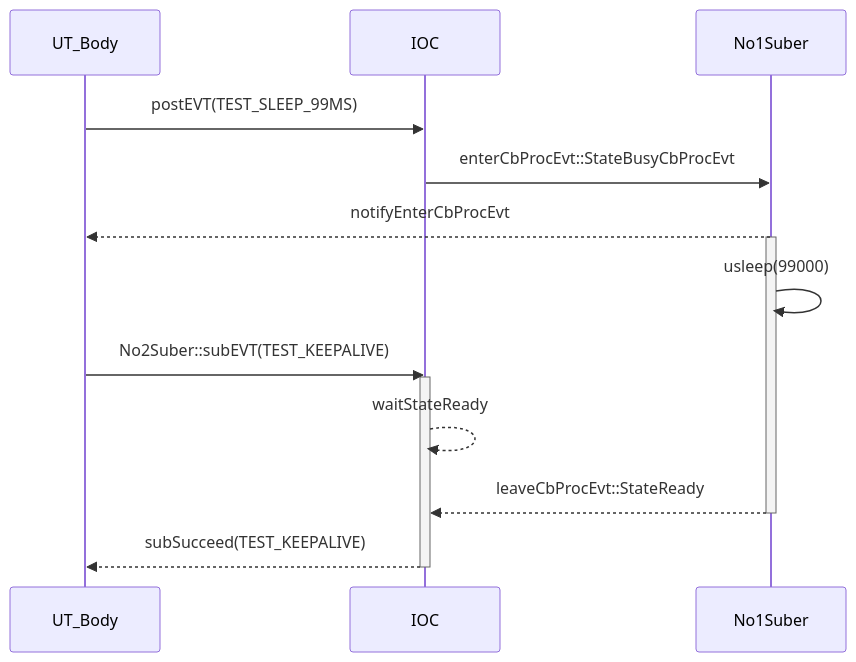
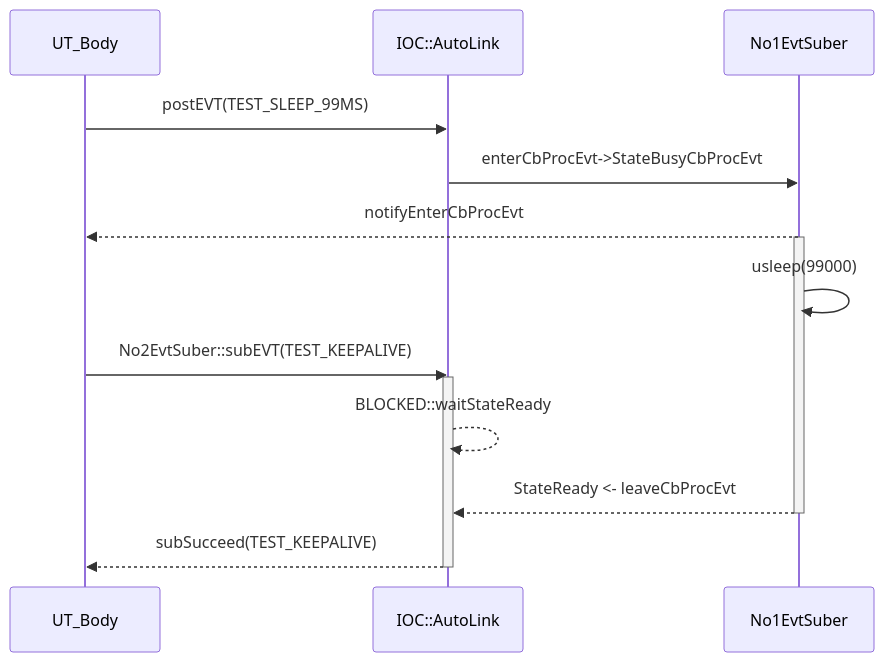
Before and after one commit to EnigmaWU/MyIOC_inTDD_withGHC: the diagram in Test/UT_ConlesEventState.md, drawn with Mermaid.

Commit message:
Refactoring UT_ConlesEventState.md::Flowchart::Case-05

````diff
--- a/Test/UT_ConlesEventState.md
+++ b/Test/UT_ConlesEventState.md
@@ -5,25 +5,25 @@
 ```mermaid
 sequenceDiagram
     participant UTB as UT_Body
-    participant IOC as IOC
-    participant No1Suber 
+    participant IOC as IOC::AutoLink
+    participant No1Suber as No1EvtSuber
 
     UTB->>IOC: postEVT(TEST_SLEEP_99MS)
-    IOC->>No1Suber: enterCbProcEvt::StateBusyCbProcEvt
+    IOC->>No1Suber: enterCbProcEvt->StateBusyCbProcEvt
 
     No1Suber -->> UTB: notifyEnterCbProcEvt
 
     activate No1Suber
     No1Suber->>No1Suber: usleep(99000)
 
-    UTB ->> IOC: No2Suber::subEVT(TEST_KEEPALIVE)
+    UTB ->> IOC: No2EvtSuber::subEVT(TEST_KEEPALIVE)
     activate IOC
-    IOC -->> IOC: waitStateReady
+    IOC -->> IOC: BLOCKED::waitStateReady
 
-    No1Suber -->> IOC: leaveCbProcEvt::StateReady
+    No1Suber -->> IOC: StateReady <- leaveCbProcEvt
     deactivate No1Suber
 
     IOC -->> UTB: subSucceed(TEST_KEEPALIVE)
     deactivate IOC
 
 ```
````
